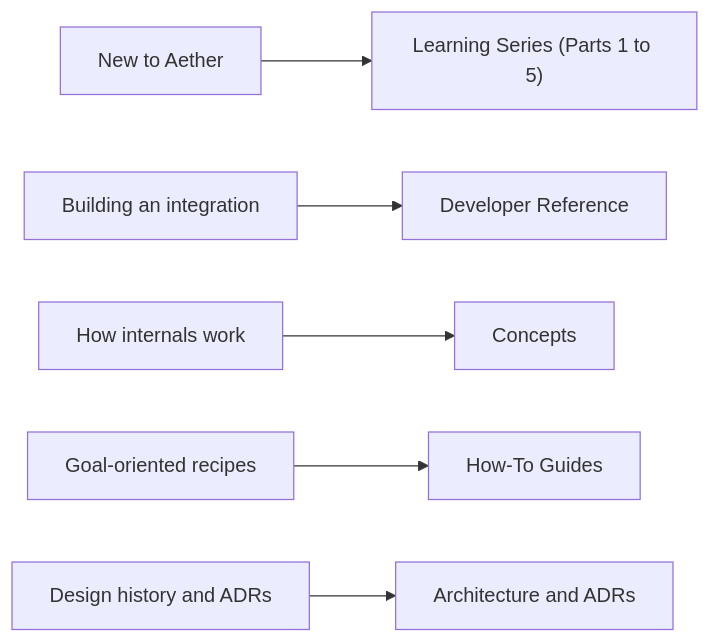
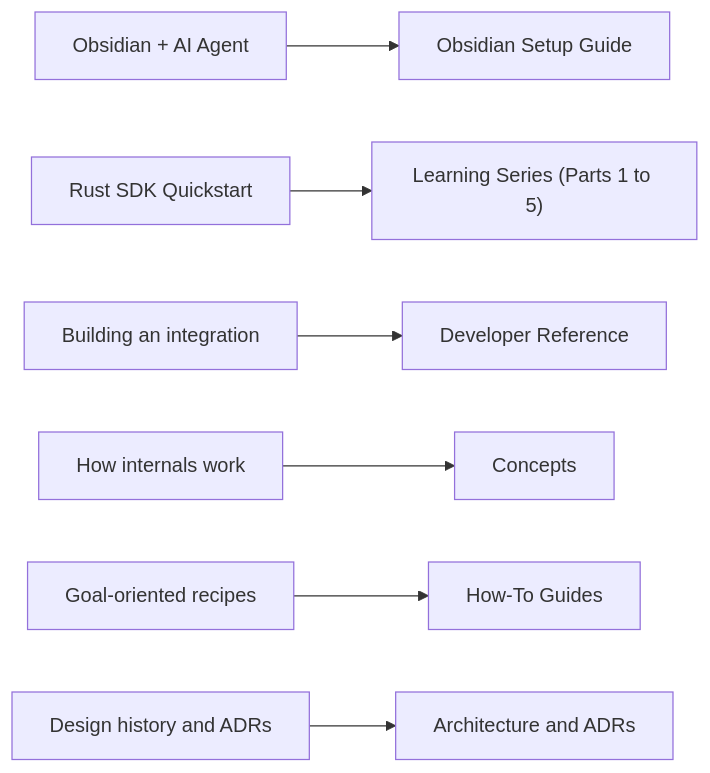
The diagram in docs/index.md (Nytheris-AI/aether-sdk), drawn with Mermaid before and after one commit. The commit also changed other lines of this file and 12 other files, not shown here.

````diff
--- a/docs/index.md
+++ b/docs/index.md
@@ -7,8 +14,9 @@
 ```mermaid
 flowchart LR
-    START["New to Aether"] --> S1["Learning Series (Parts 1 to 5)"]
+    OBS["Obsidian + AI Agent"] --> SETUP["Obsidian Setup Guide"]
+    START["Rust SDK Quickstart"] --> S1["Learning Series (Parts 1 to 5)"]
     BUILD["Building an integration"] --> REF["Developer Reference"]
     DESIGN["How internals work"] --> CON["Concepts"]
     TASK["Goal-oriented recipes"] --> GUIDES["How-To Guides"]
     WHY["Design history and ADRs"] --> ARCH["Architecture and ADRs"]
 ```
````
